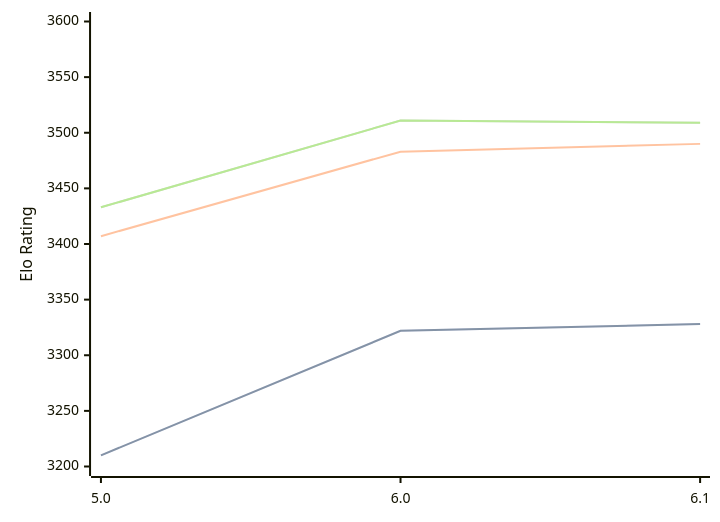
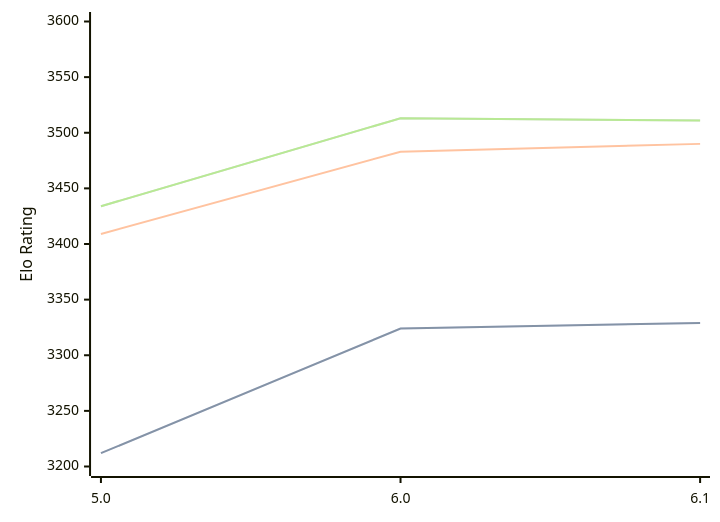
The diagram in engines/Starzix.md (computer-chess-index/cci), drawn with Mermaid before and after one commit. The commit also changed other lines of this file, not shown here.

Commit message:
Update CCI Ratings (ELO VLTC) - 2026-08-26

````diff
--- a/engines/Starzix.md
+++ b/engines/Starzix.md
@@ -33,11 +33,11 @@
 ```mermaid
 %%{init: {"theme":"base","themeVariables":{"seriesColors:['#a3a3a3','#222221','#faa371']}}}%%
 xychart-beta
   x-axis ["5.0", "6.0", "6.1"]
   y-axis "Elo Rating" 3200 --> 3600
-  line "STC (8.0+0.08s)" [3210, 3322, 3328]
-  line "STC (8.0+0.08s)" [3210, 3322, 3328]
-  line "LTC (60.0+0.60s)" [3407, 3483, 3490]
-  line "VLTC (2m24s+1.12s)" [3433, 3511, 3509]
-  line "VLTC (2m24s+1.12s)" [3433, 3511, 3509]
+  line "STC (8.0+0.08s)" [3212, 3324, 3329]
+  line "STC (8.0+0.08s)" [3212, 3324, 3329]
+  line "LTC (60.0+0.60s)" [3409, 3483, 3490]
+  line "VLTC (2m24s+1.12s)" [3434, 3513, 3511]
+  line "VLTC (2m24s+1.12s)" [3434, 3513, 3511]
 ```
````
